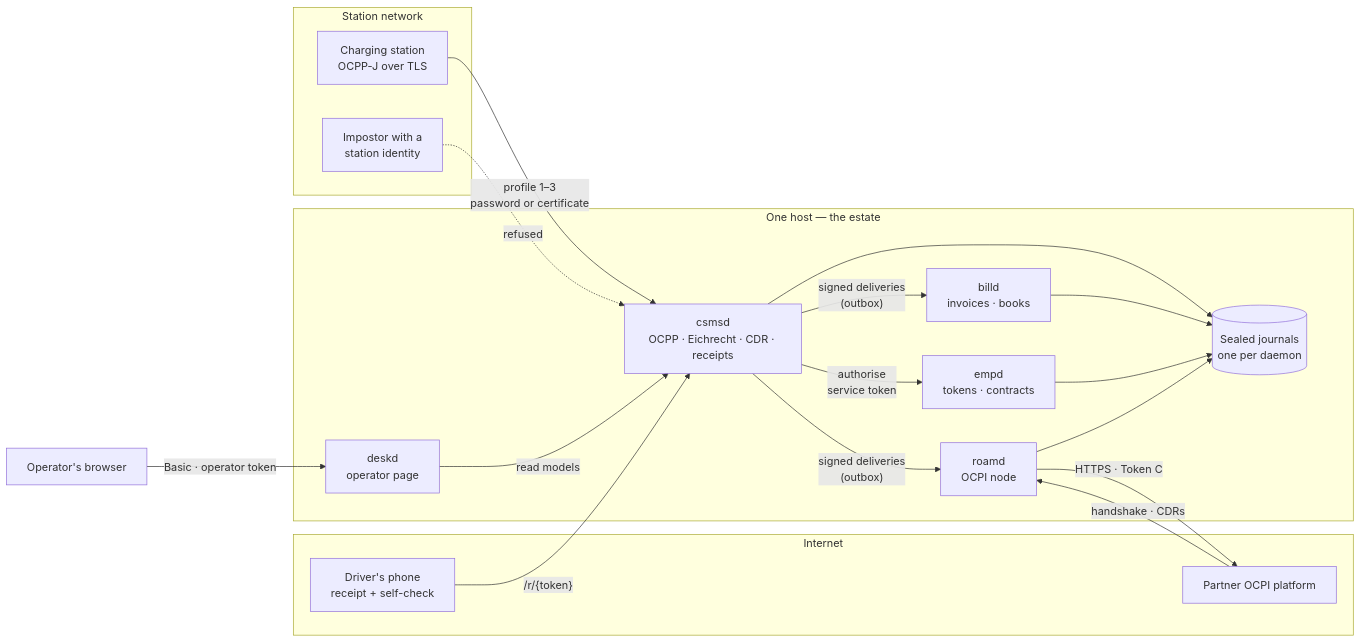
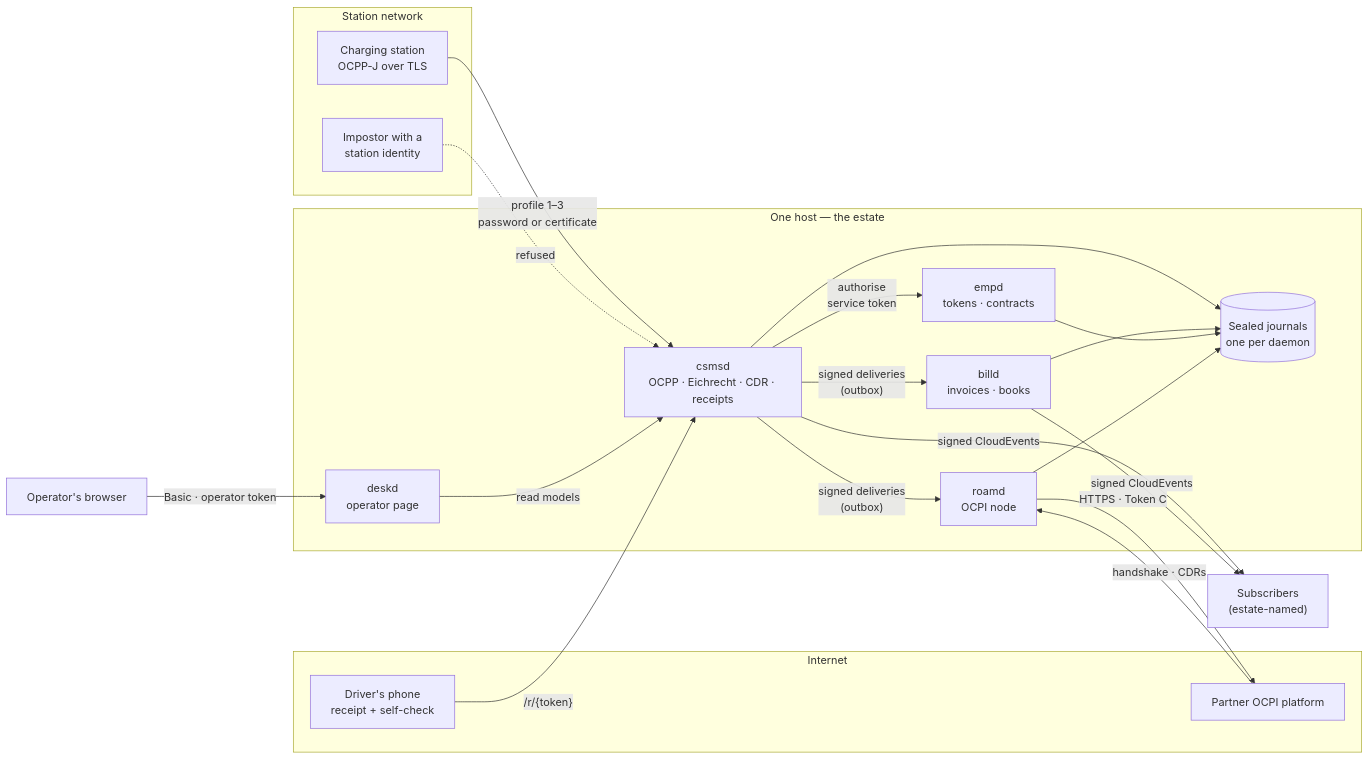
One commit to hupe1980/emob changed the diagram in THREAT_MODEL.md. Above: the diagram before and after it, drawn with Mermaid. The commit also changed other lines of this file and 68 other files, not shown here.

First line of the commit message:
release: emob 0.4.0 — events leave the estate; the Mobilithek feed through datex2

````diff
--- a/THREAT_MODEL.md
+++ b/THREAT_MODEL.md
@@ -29,35 +29,36 @@
 ```mermaid
 flowchart LR
     subgraph Field["Station network"]
         ST["Charging station<br/>OCPP-J over TLS"]
         IMP["Impostor with a<br/>station identity"]
     end
     subgraph Public["Internet"]
         DRV["Driver's phone<br/>receipt + self-check"]
         PEER["Partner OCPI platform"]
     end
     subgraph Host["One host — the estate"]
         CSMS["csmsd<br/>OCPP · Eichrecht · CDR · receipts"]
         EMP["empd<br/>tokens · contracts"]
         BILL["billd<br/>invoices · books"]
         ROAM["roamd<br/>OCPI node"]
         DESK["deskd<br/>operator page"]
         J[("Sealed journals<br/>one per daemon")]
     end
     OP["Operator's browser"]
 
     ST -- "profile 1–3<br/>password or certificate" --> CSMS
     IMP -. refused .-> CSMS
     CSMS -- "authorise<br/>service token" --> EMP
     CSMS -- "signed deliveries<br/>(outbox)" --> BILL
     CSMS -- "signed deliveries<br/>(outbox)" --> ROAM
+    CSMS & BILL -- "signed CloudEvents" --> SUBS["Subscribers<br/>(estate-named)"]
     ROAM -- "HTTPS · Token C" --> PEER
     PEER -- "handshake · CDRs" --> ROAM
     DRV -- "/r/{token}" --> CSMS
     OP -- "Basic · operator token" --> DESK
     DESK -- "read models" --> CSMS
     CSMS --> J
     BILL --> J
     EMP --> J
     ROAM --> J
 ```
````
